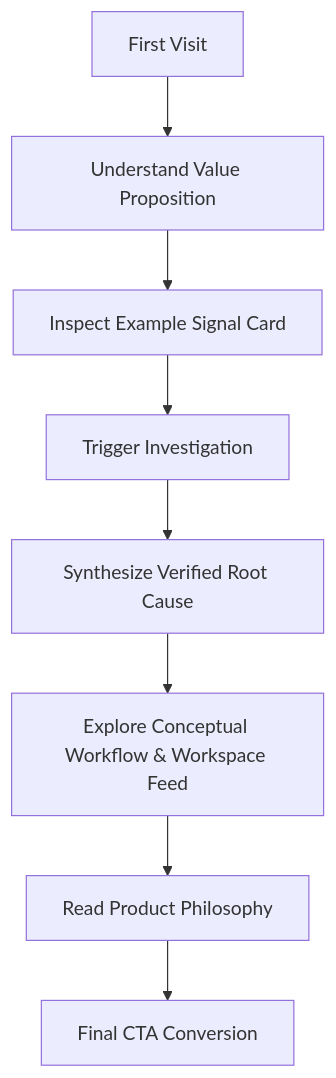
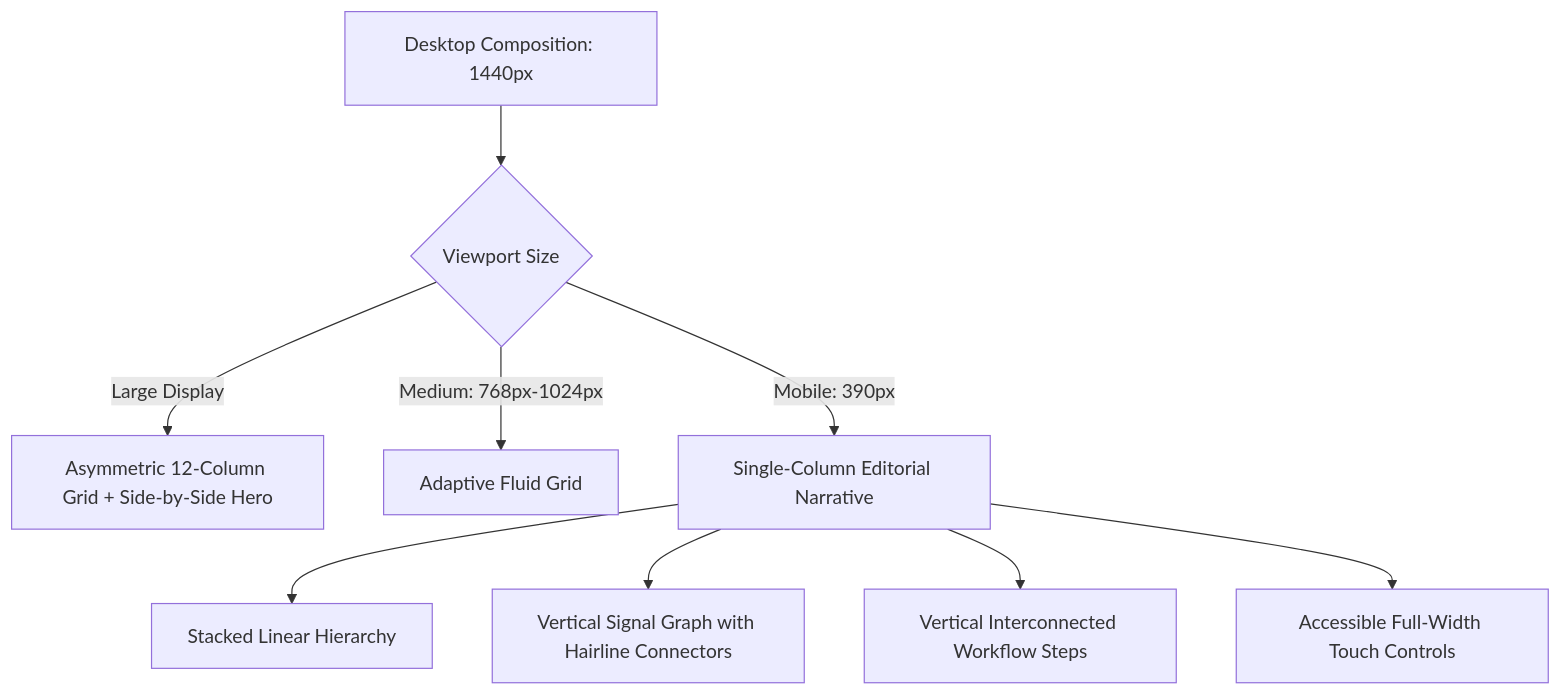
Before and after one commit to Yuvraj264/Signal-Acdyon-company-: the sixth of 7 diagrams in DECISIONS.md, drawn with Mermaid. The commit also changed other lines of this file and 4 other files, not shown here.

````diff
--- a/DECISIONS.md
+++ b/DECISIONS.md
@@ -394,10 +160,11 @@
 ```mermaid
 flowchart TD
-    A[First Visit] --> B[Understand Value Proposition]
-    B --> C[Inspect Example Signal Card]
-    C --> D[Trigger Investigation]
-    D --> E[Synthesize Verified Root Cause]
-    E --> F[Explore Conceptual Workflow & Workspace Feed]
-    F --> G[Read Product Philosophy]
-    G --> H[Final CTA Conversion]
+    A[Desktop Composition: 1440px] --> B{Viewport Size}
+    B -->|Large Display| C[Asymmetric 12-Column Grid + Side-by-Side Hero]
+    B -->|Medium: 768px-1024px| D[Adaptive Fluid Grid]
+    B -->|Mobile: 390px| E[Single-Column Editorial Narrative]
+    E --> F[Stacked Linear Hierarchy]
+    E --> G[Vertical Signal Graph with Hairline Connectors]
+    E --> H[Vertical Interconnected Workflow Steps]
+    E --> I[Accessible Full-Width Touch Controls]
 ```
````
